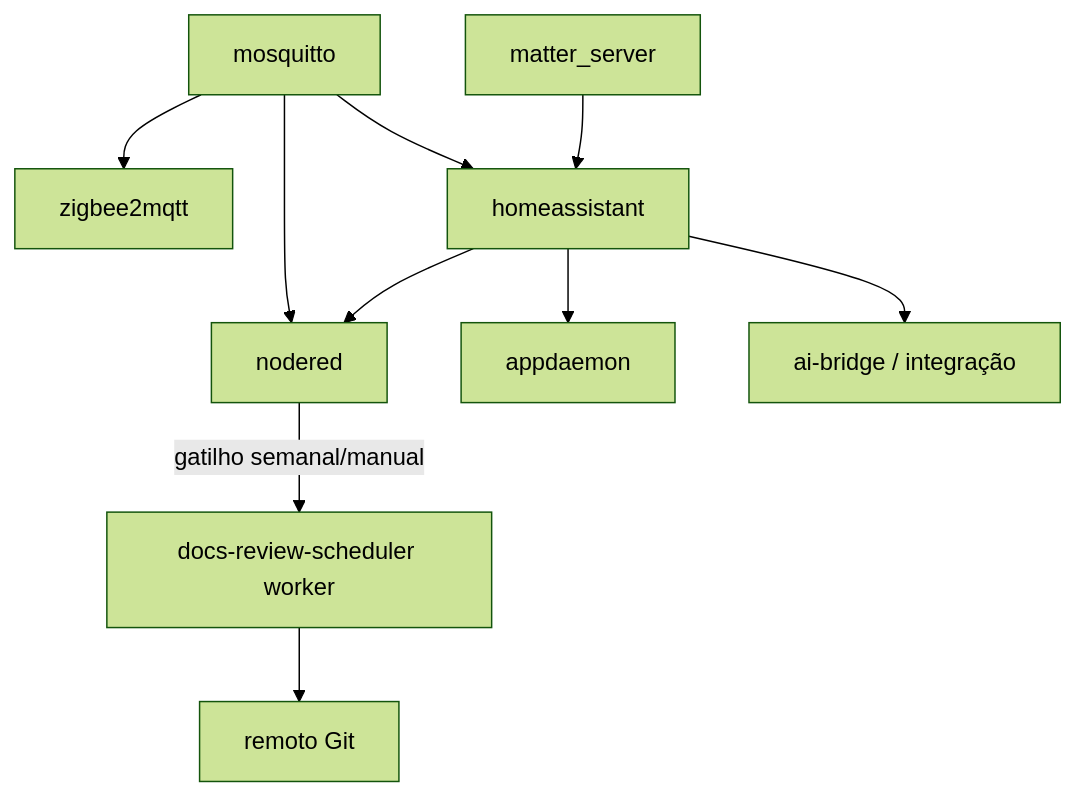
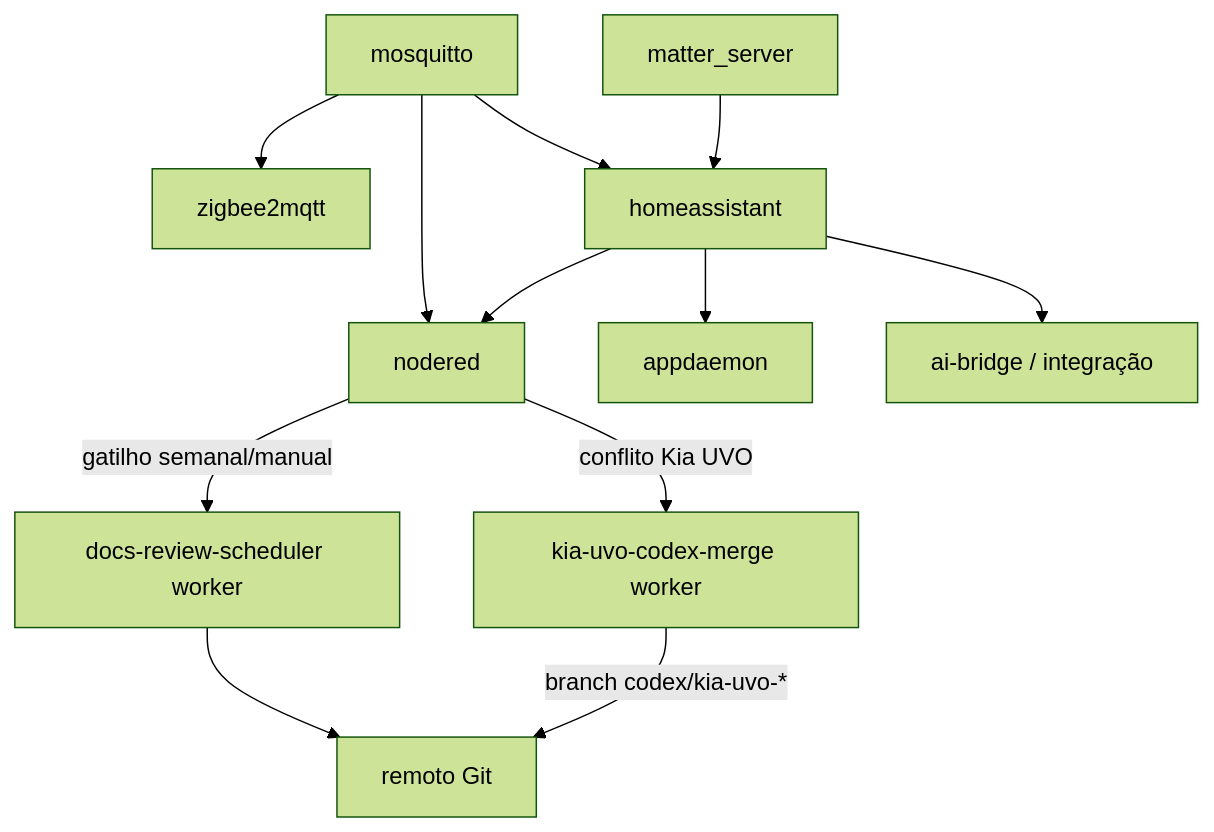
The diagram in docs/CONTAINERS.md (gabrafur/my_smart_home), drawn with Mermaid (forest theme) before and after one commit. The commit also changed other lines of this file and 17 other files, not shown here.

Commit message:
feat(kia-uvo): automate Codex conflict merges

````diff
--- a/docs/CONTAINERS.md
+++ b/docs/CONTAINERS.md
@@ -120,12 +123,14 @@
 ```mermaid
 flowchart TD
     MQ[mosquitto] --> Z2M[zigbee2mqtt]
     MQ --> HA[homeassistant]
     MAT[matter_server] --> HA
     MQ --> NR[nodered]
     HA --> NR
     HA --> AD[appdaemon]
     HA --> BR[ai-bridge / integração]
     NR -->|gatilho semanal/manual| SCH[docs-review-scheduler worker]
     SCH --> GIT[remoto Git]
+    NR -->|conflito Kia UVO| KIA[kia-uvo-codex-merge worker]
+    KIA -->|branch codex/kia-uvo-*| GIT
 ```
````
